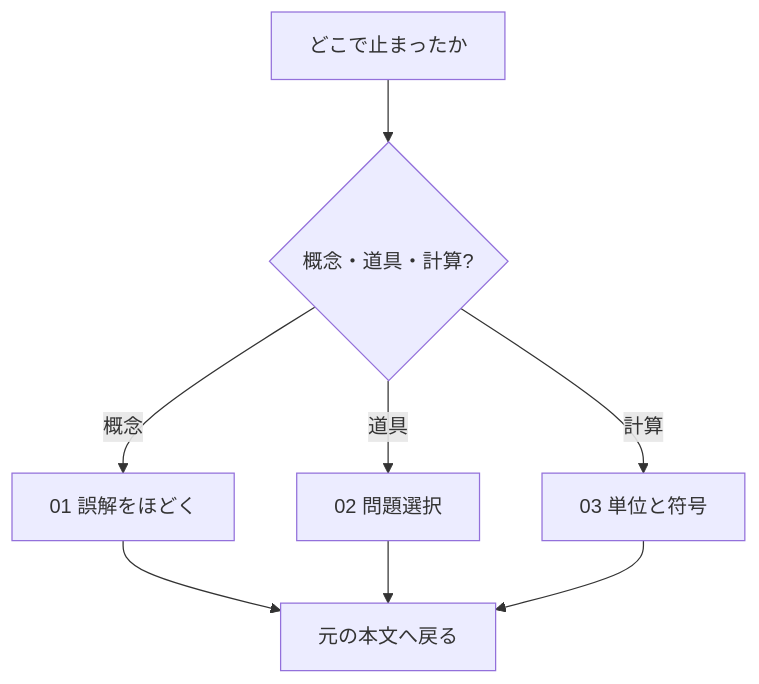
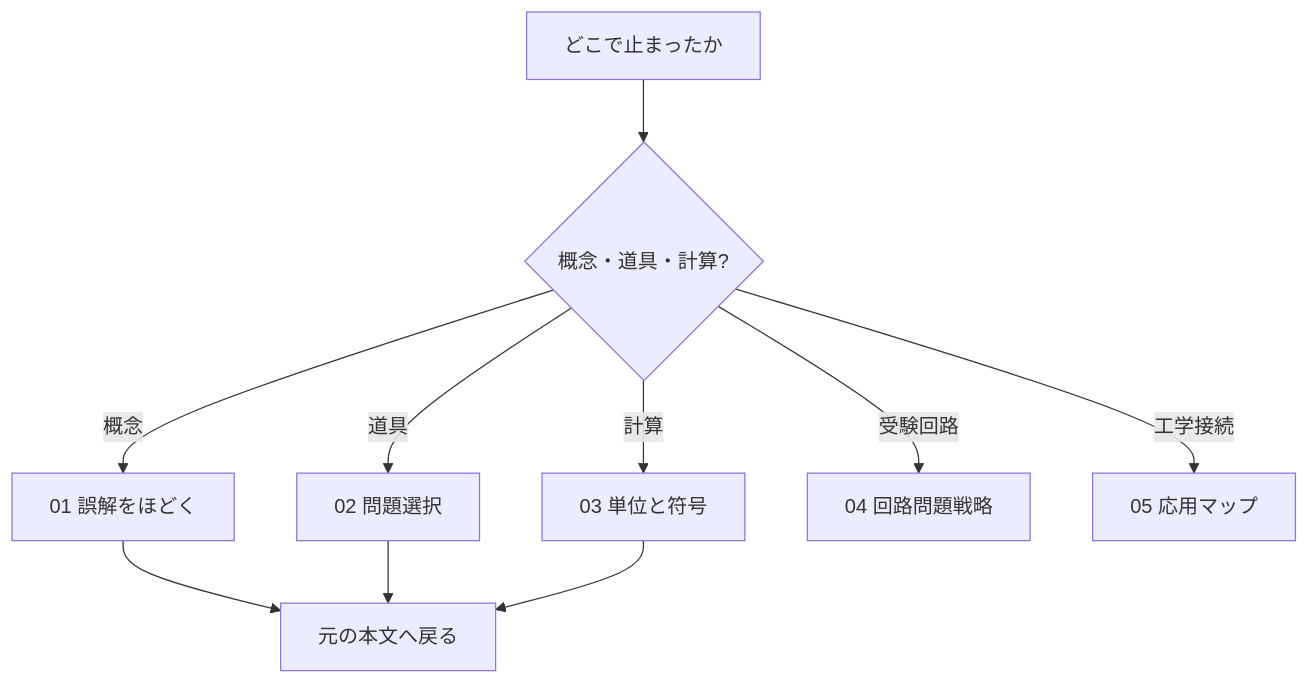
The diagram in physics_tower/02_electromagnetism/qa/README.md (daysUlab/Learning_with_Codex), drawn with Mermaid before and after one commit. The commit also changed other lines of this file and 40 other files, not shown here.

````diff
--- a/physics_tower/02_electromagnetism/qa/README.md
+++ b/physics_tower/02_electromagnetism/qa/README.md
@@ -12,10 +12,12 @@
 ```mermaid
 flowchart TD
   A["どこで止まったか"] --> B{"概念・道具・計算?"}
   B -->|概念| C["01 誤解をほどく"]
   B -->|道具| D["02 問題選択"]
   B -->|計算| E["03 単位と符号"]
+  B -->|受験回路| G["04 回路問題戦略"]
+  B -->|工学接続| H["05 応用マップ"]
   C --> F["元の本文へ戻る"]
   D --> F
   E --> F
 ```
````
